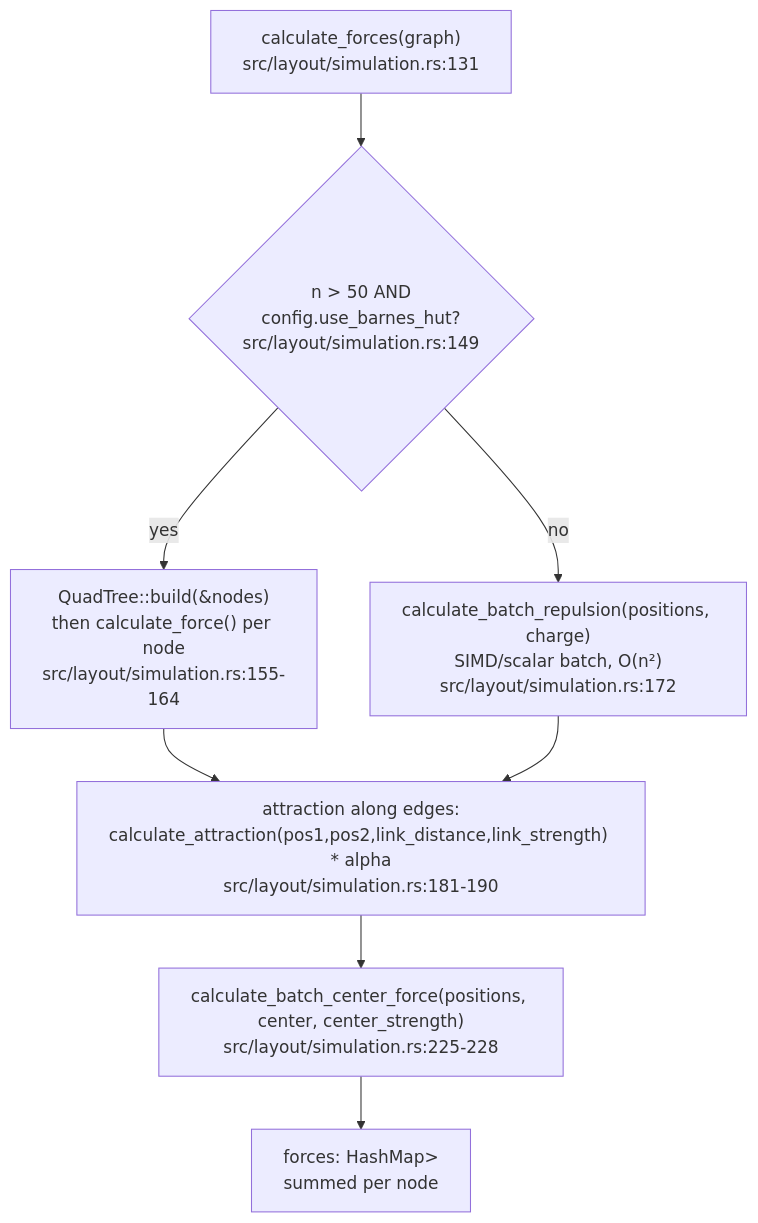
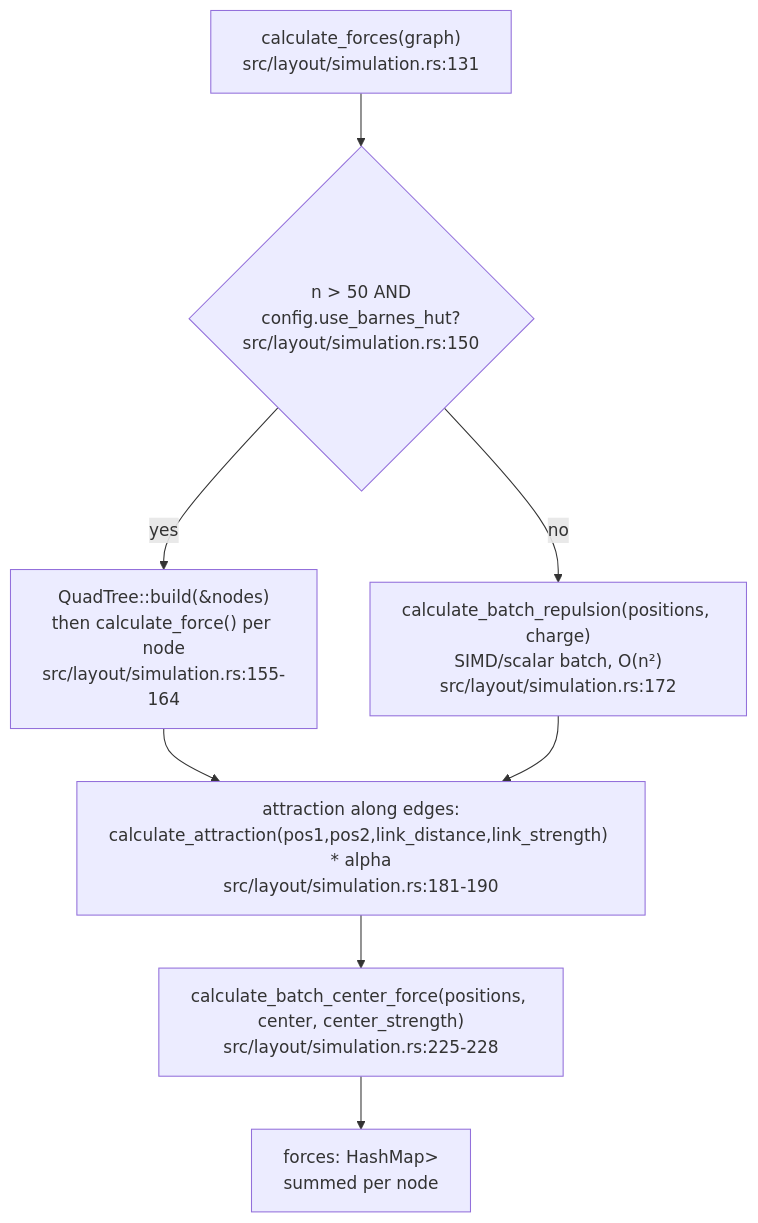
The second of 8 diagrams in docs/diagrams/vowl-wasm/03-force-layout-lifecycle.md (DreamLab-AI/VisionFlow), drawn with Mermaid before and after one commit. The commit also changed other lines of this file and 185 other files, not shown here.

Commit message:
docs(estate): reconcile diagrams and ADRs with source and define closeout sprint

````diff
--- a/docs/diagrams/vowl-wasm/03-force-layout-lifecycle.md
+++ b/docs/diagrams/vowl-wasm/03-force-layout-lifecycle.md
@@ -43,10 +43,10 @@
 ```mermaid
 flowchart TB
-    START["calculate_forces(graph)<br/>src/layout/simulation.rs:131"] --> BR{"n > 50 AND<br/>config.use_barnes_hut?<br/>src/layout/simulation.rs:149"}
+    START["calculate_forces(graph)<br/>src/layout/simulation.rs:131"] --> BR{"n > 50 AND<br/>config.use_barnes_hut?<br/>src/layout/simulation.rs:150"}
     BR -->|yes| QT["QuadTree::build(&nodes)<br/>then calculate_force() per node<br/>src/layout/simulation.rs:155-164"]
     BR -->|no| BATCH["calculate_batch_repulsion(positions, charge)<br/>SIMD/scalar batch, O(n²)<br/>src/layout/simulation.rs:172"]
     QT --> ATTR["attraction along edges:<br/>calculate_attraction(pos1,pos2,link_distance,link_strength) * alpha<br/>src/layout/simulation.rs:181-190"]
     BATCH --> ATTR
     ATTR --> CENTER["calculate_batch_center_force(positions, center, center_strength)<br/>src/layout/simulation.rs:225-228"]
     CENTER --> SUM["forces: HashMap<node_id, Vector2<f64>><br/>summed per node"]
 ```
````
